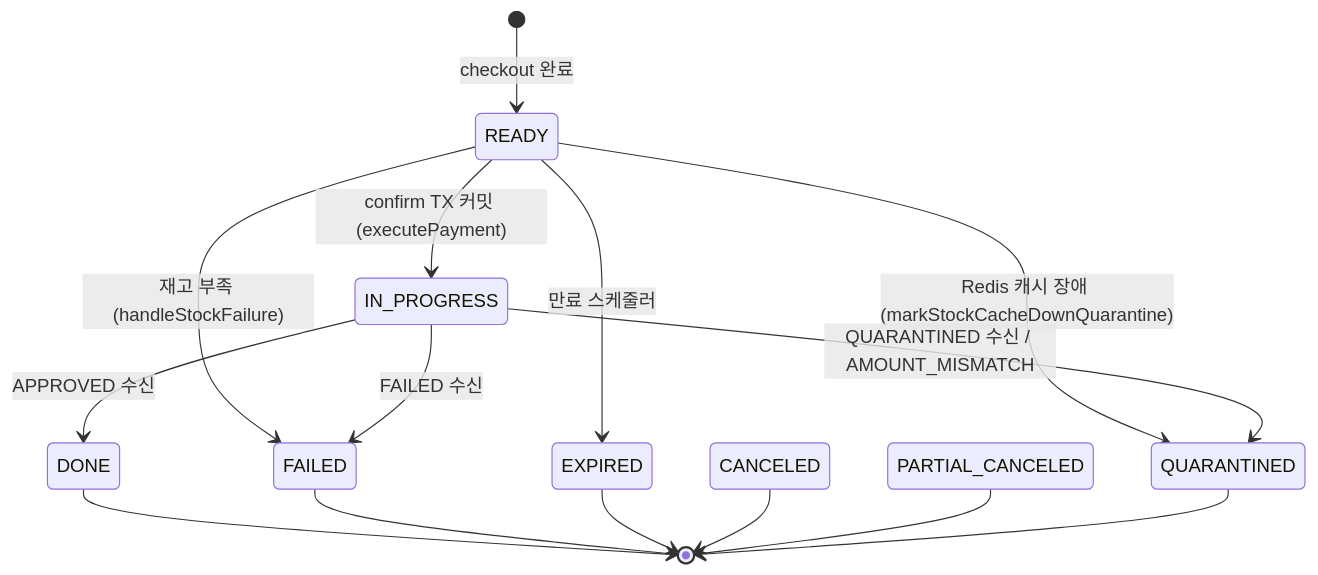
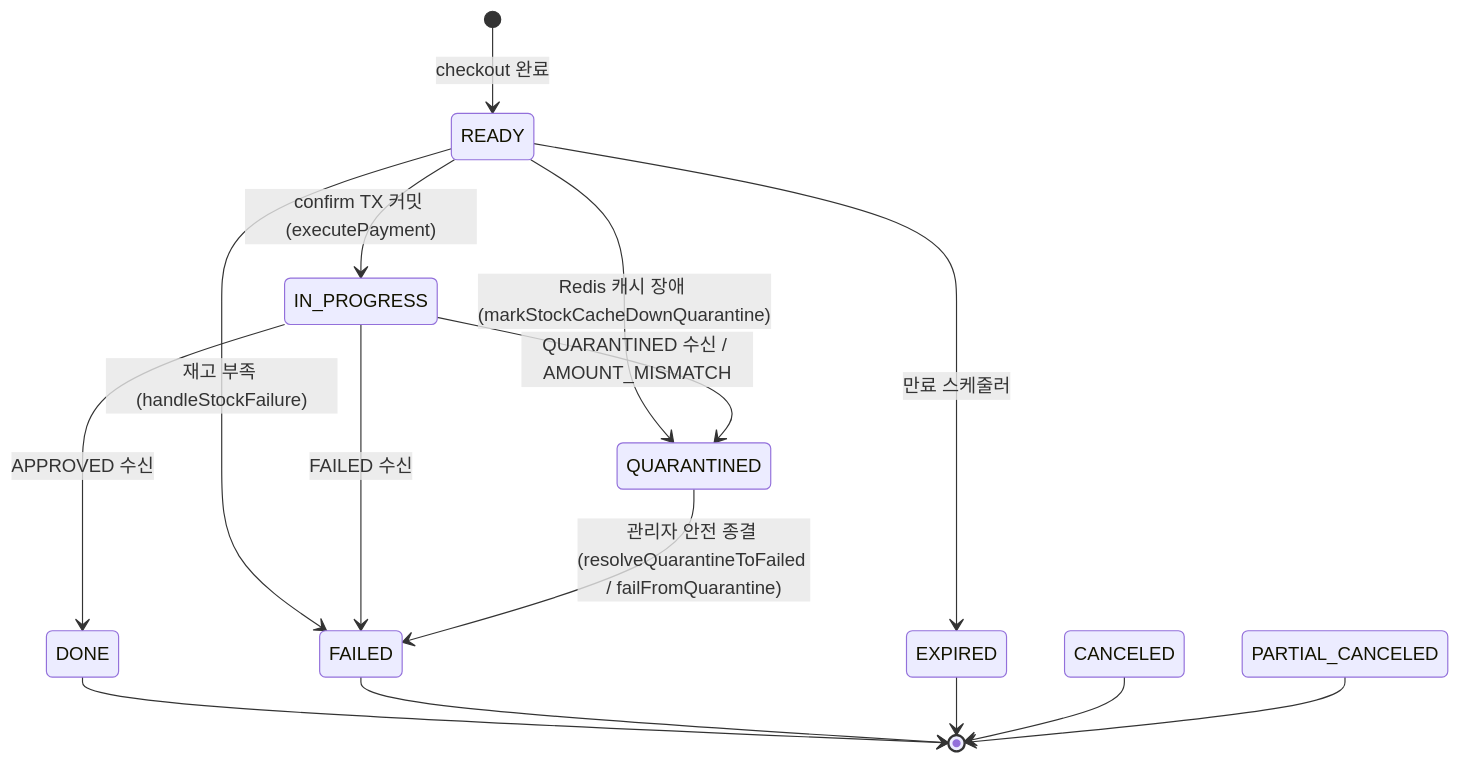
The seventh of 8 diagrams in docs/context/CONFIRM-FLOW.md (hyoguoo/payment-platform), drawn with Mermaid before and after one commit. The commit also changed other lines of this file and 10 other files, not shown here.

````diff
--- a/docs/context/CONFIRM-FLOW.md
+++ b/docs/context/CONFIRM-FLOW.md
@@ -323,20 +323,21 @@
 ```mermaid
 stateDiagram-v2
     [*] --> READY : checkout 완료
 
     READY --> IN_PROGRESS : confirm TX 커밋 (executePayment)
     READY --> EXPIRED : 만료 스케줄러
     READY --> FAILED : 재고 부족 (handleStockFailure)
     READY --> QUARANTINED : Redis 캐시 장애 (markStockCacheDownQuarantine)
 
     IN_PROGRESS --> DONE : APPROVED 수신
     IN_PROGRESS --> FAILED : FAILED 수신
     IN_PROGRESS --> QUARANTINED : QUARANTINED 수신 / AMOUNT_MISMATCH
 
+    QUARANTINED --> FAILED : 관리자 안전 종결 (resolveQuarantineToFailed / failFromQuarantine)
+
     DONE --> [*]
     FAILED --> [*]
     EXPIRED --> [*]
     CANCELED --> [*]
     PARTIAL_CANCELED --> [*]
-    QUARANTINED --> [*]
 ```
````
